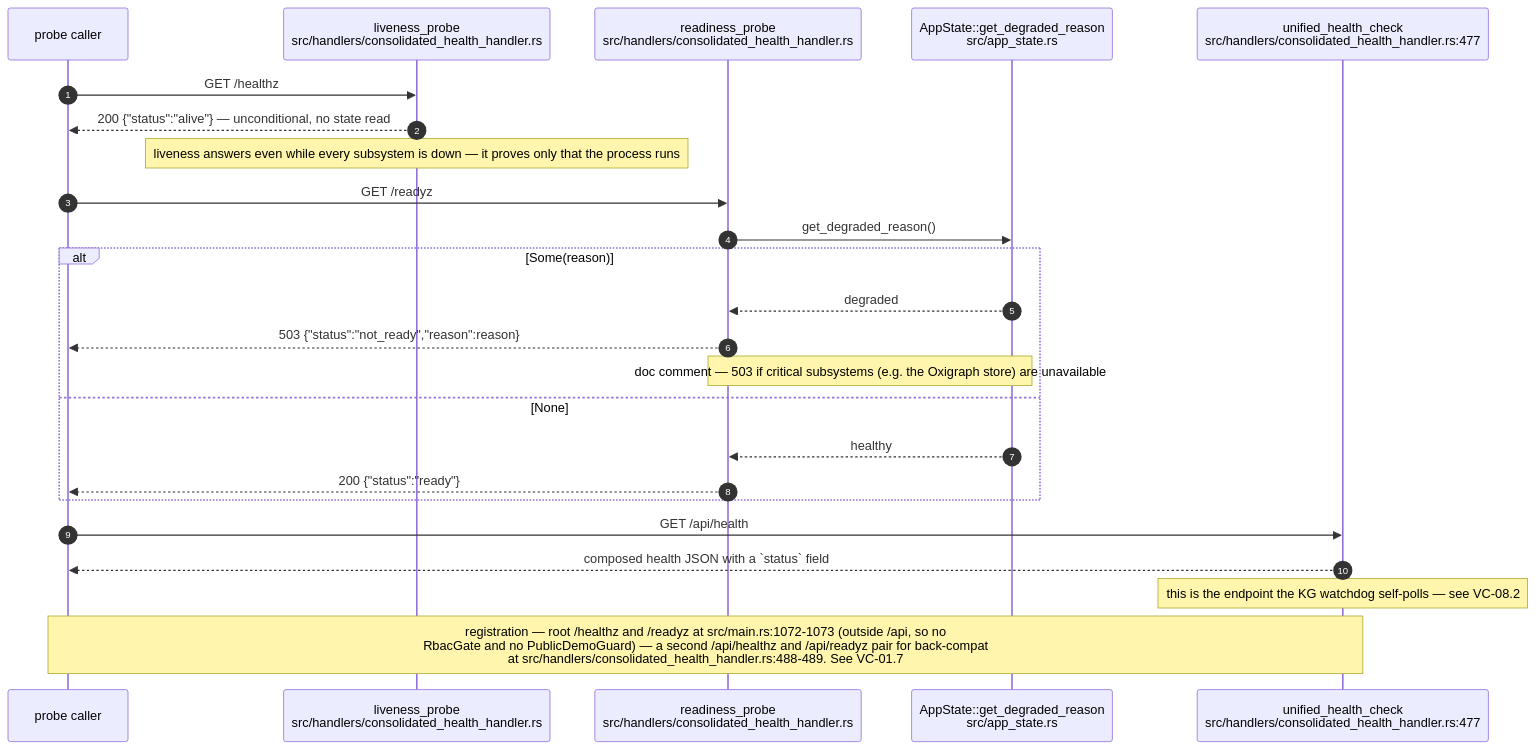
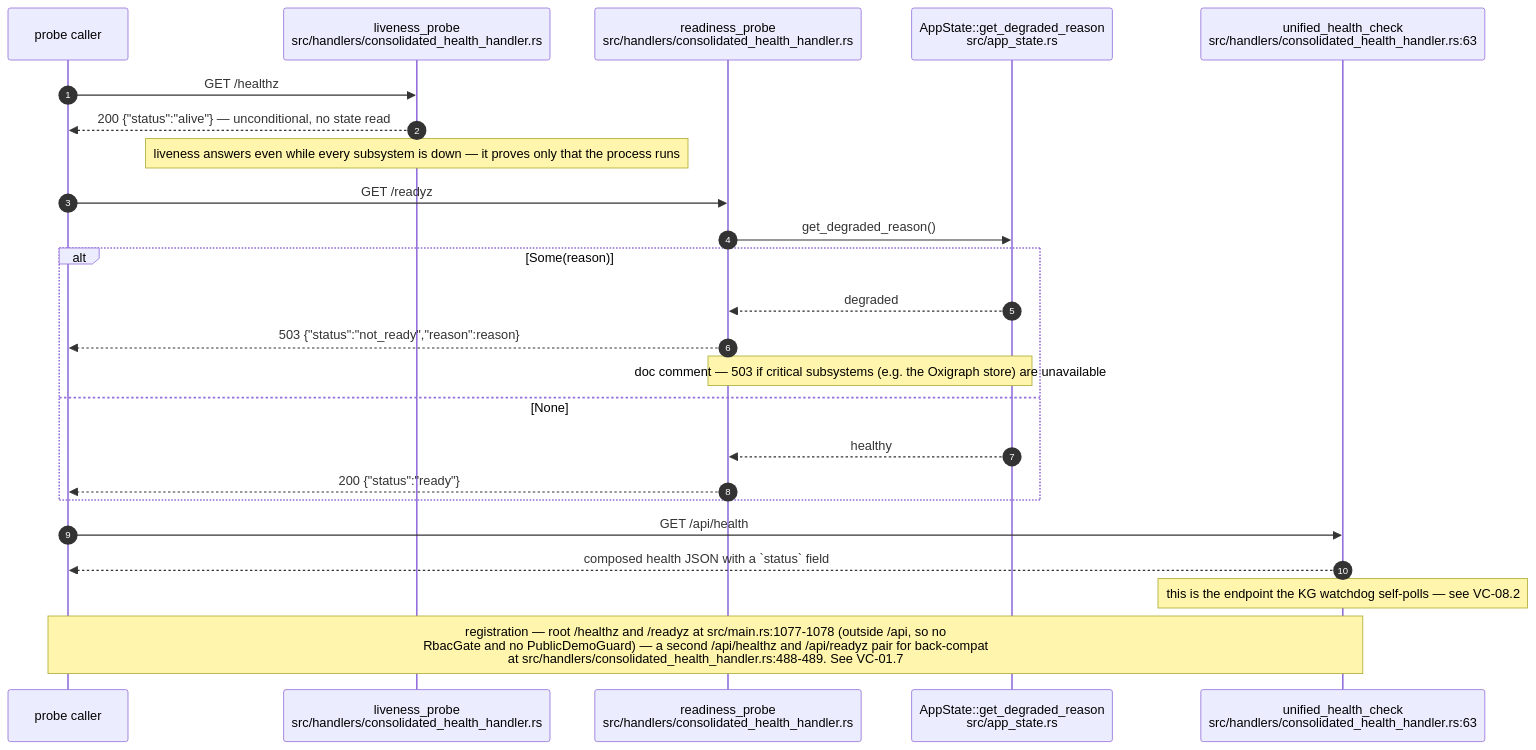
The first of 9 diagrams in docs/diagrams/visionclaw/08-observability-health-and-dev-loop.md (DreamLab-AI/VisionFlow), drawn with Mermaid before and after one commit. The commit also changed other lines of this file and 136 other files, not shown here.

First line of the commit message:
docs(diagrams): refresh the whole corpus to code HEAD and prune low-value diagrams

````diff
--- a/docs/diagrams/visionclaw/08-observability-health-and-dev-loop.md
+++ b/docs/diagrams/visionclaw/08-observability-health-and-dev-loop.md
@@ -37,27 +32,27 @@
 ```mermaid
 sequenceDiagram
     autonumber
     participant K as probe caller
     participant L as liveness_probe<br/>src/handlers/consolidated_health_handler.rs
     participant R as readiness_probe<br/>src/handlers/consolidated_health_handler.rs
     participant AS as AppState::get_degraded_reason<br/>src/app_state.rs
-    participant U as unified_health_check<br/>src/handlers/consolidated_health_handler.rs:477
+    participant U as unified_health_check<br/>src/handlers/consolidated_health_handler.rs:63
 
     K->>L: GET /healthz
     L-->>K: 200 {"status":"alive"} — unconditional, no state read
     Note over L: liveness answers even while every subsystem is down — it proves only that the process runs
     K->>R: GET /readyz
     R->>AS: get_degraded_reason()
     alt Some(reason)
         AS-->>R: degraded
         R-->>K: 503 {"status":"not_ready","reason":reason}
         Note over R,AS: doc comment — 503 if critical subsystems (e.g. the Oxigraph store) are unavailable
     else None
         AS-->>R: healthy
         R-->>K: 200 {"status":"ready"}
     end
     K->>U: GET /api/health
     U-->>K: composed health JSON with a `status` field
     Note over U: this is the endpoint the KG watchdog self-polls — see VC-08.2
-    Note over K,U: registration — root /healthz and /readyz at src/main.rs:1072-1073 (outside /api, so no<br/>RbacGate and no PublicDemoGuard) — a second /api/healthz and /api/readyz pair for back-compat<br/>at src/handlers/consolidated_health_handler.rs:488-489. See VC-01.7
+    Note over K,U: registration — root /healthz and /readyz at src/main.rs:1077-1078 (outside /api, so no<br/>RbacGate and no PublicDemoGuard) — a second /api/healthz and /api/readyz pair for back-compat<br/>at src/handlers/consolidated_health_handler.rs:488-489. See VC-01.7
 ```
````
